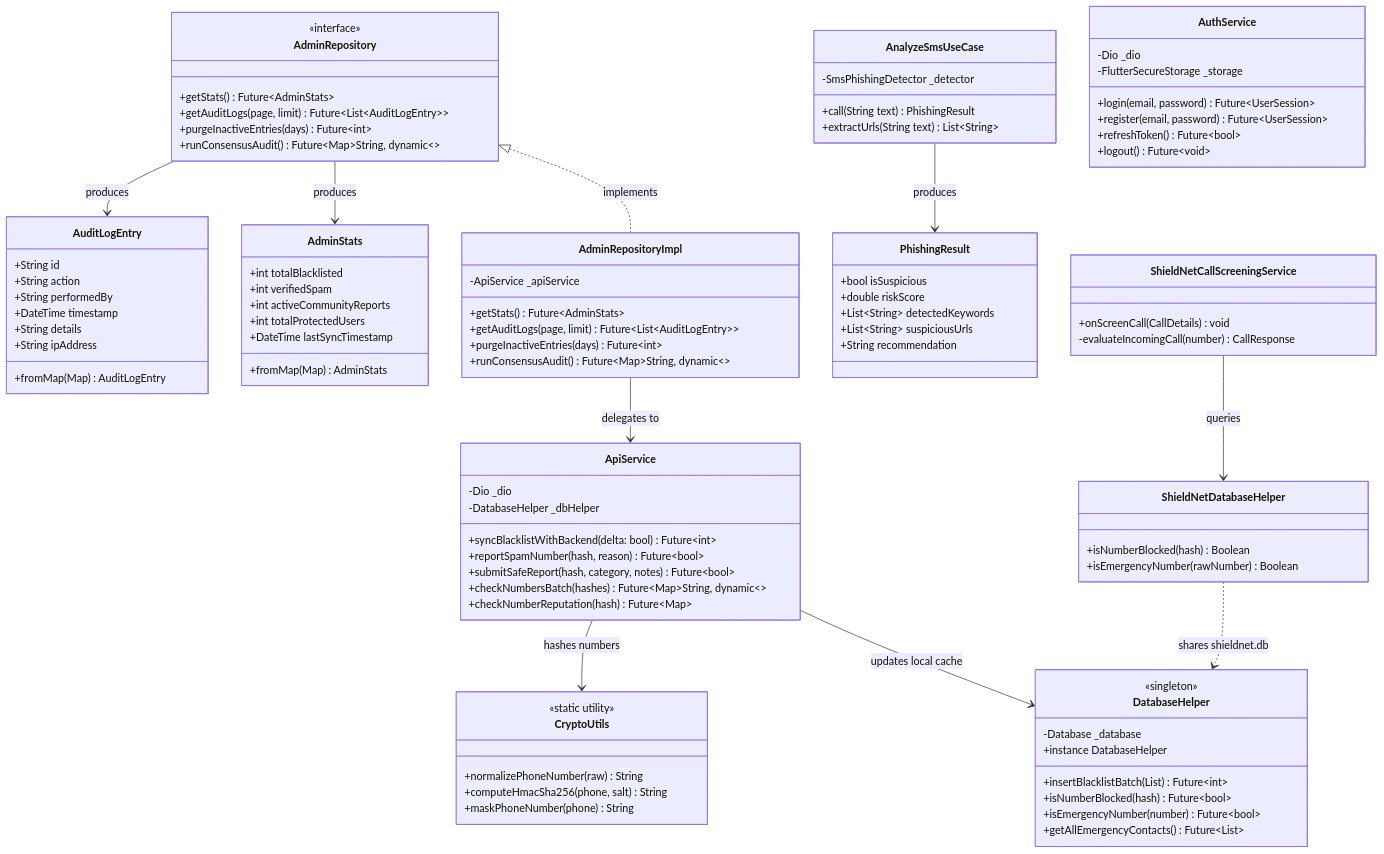
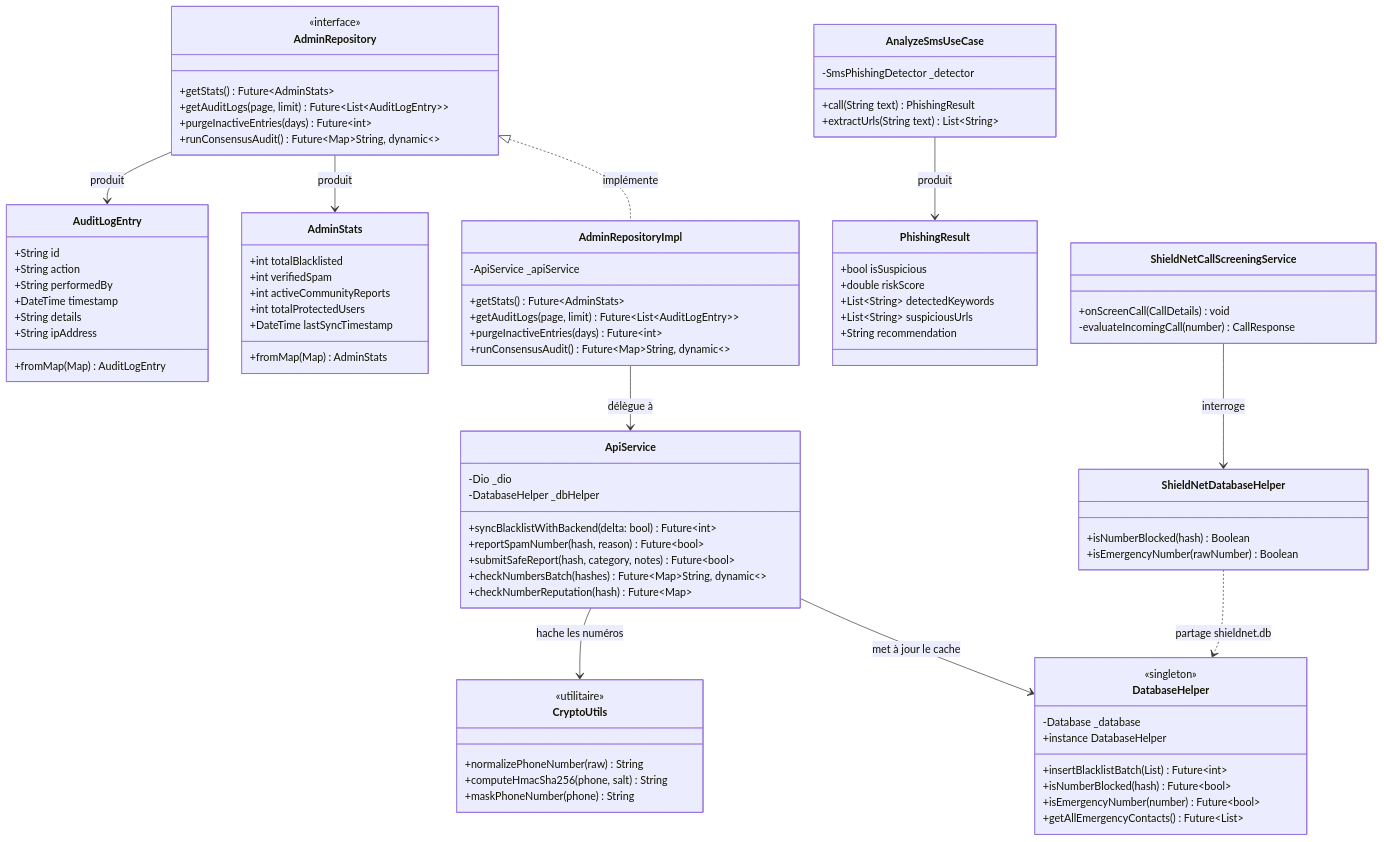
Before and after one commit to fadelilyas01/Projet-Synth-se: the third of 7 diagrams in docs/ARCHITECTURE_ET_CONCEPTION.md, drawn with Mermaid. The commit also changed other lines of this file and 5 other files, not shown here.

````diff
--- a/docs/ARCHITECTURE_ET_CONCEPTION.md
+++ b/docs/ARCHITECTURE_ET_CONCEPTION.md
@@ -119,6 +126,6 @@
 ```mermaid
 classDiagram
-    %% Clean Architecture - Domain Layer
+    %% Couche Domaine
     class AdminRepository {
         <<interface>>
         +getStats() Future~AdminStats~
@@ -160,7 +167,7 @@
         +String recommendation
     }
 
-    %% Clean Architecture - Data Layer
+    %% Couche Données
     class AdminRepositoryImpl {
         -ApiService _apiService
         +getStats() Future~AdminStats~
@@ -169,7 +176,7 @@
         +runConsensusAudit() Future~Map~String, dynamic~~
     }
 
-    %% Core Services
+    %% Services du socle technique
     class ApiService {
         -Dio _dio
         -DatabaseHelper _dbHelper
@@ -178,15 +185,6 @@
         +submitSafeReport(hash, category, notes) Future~bool~
         +checkNumbersBatch(hashes) Future~Map~String, dynamic~~
         +checkNumberReputation(hash) Future~Map~
-    }
-
-    class AuthService {
-        -Dio _dio
-        -FlutterSecureStorage _storage
-        +login(email, password) Future~UserSession~
-        +register(email, password) Future~UserSession~
-        +refreshToken() Future~bool~
-        +logout() Future~void~
     }
 
     class DatabaseHelper {
@@ -200,13 +198,13 @@
     }
 
     class CryptoUtils {
-        <<static utility>>
+        <<utilitaire>>
         +normalizePhoneNumber(raw) String
         +computeHmacSha256(phone, salt) String
         +maskPhoneNumber(phone) String
     }
 
-    %% Native Android
+    %% Composants Android Natifs
     class ShieldNetCallScreeningService {
         +onScreenCall(CallDetails) void
         -evaluateIncomingCall(number) CallResponse
@@ -218,13 +216,13 @@
     }
 
     %% Relations
-    AdminRepository <|.. AdminRepositoryImpl : implements
-    AdminRepositoryImpl --> ApiService : delegates to
-    AdminRepository --> AdminStats : produces
-    AdminRepository --> AuditLogEntry : produces
-    AnalyzeSmsUseCase --> PhishingResult : produces
-    ApiService --> DatabaseHelper : updates local cache
-    ApiService --> CryptoUtils : hashes numbers
-    ShieldNetCallScreeningService --> ShieldNetDatabaseHelper : queries
-    ShieldNetDatabaseHelper ..> DatabaseHelper : shares shieldnet.db
+    AdminRepository <|.. AdminRepositoryImpl : implémente
+    AdminRepositoryImpl --> ApiService : délègue à
+    AdminRepository --> AdminStats : produit
+    AdminRepository --> AuditLogEntry : produit
+    AnalyzeSmsUseCase --> PhishingResult : produit
+    ApiService --> DatabaseHelper : met à jour le cache
+    ApiService --> CryptoUtils : hache les numéros
+    ShieldNetCallScreeningService --> ShieldNetDatabaseHelper : interroge
+    ShieldNetDatabaseHelper ..> DatabaseHelper : partage shieldnet.db
 ```
````
